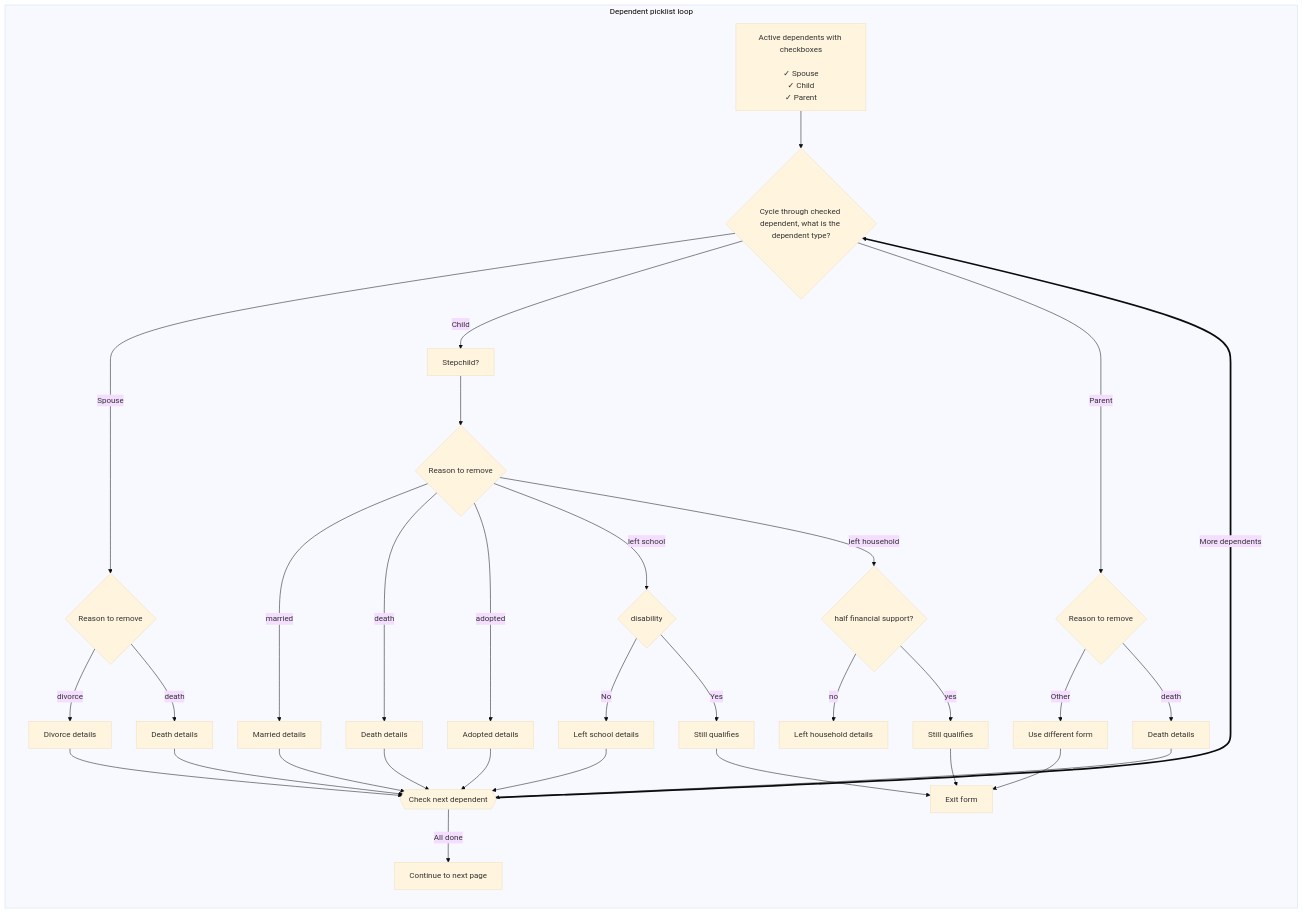
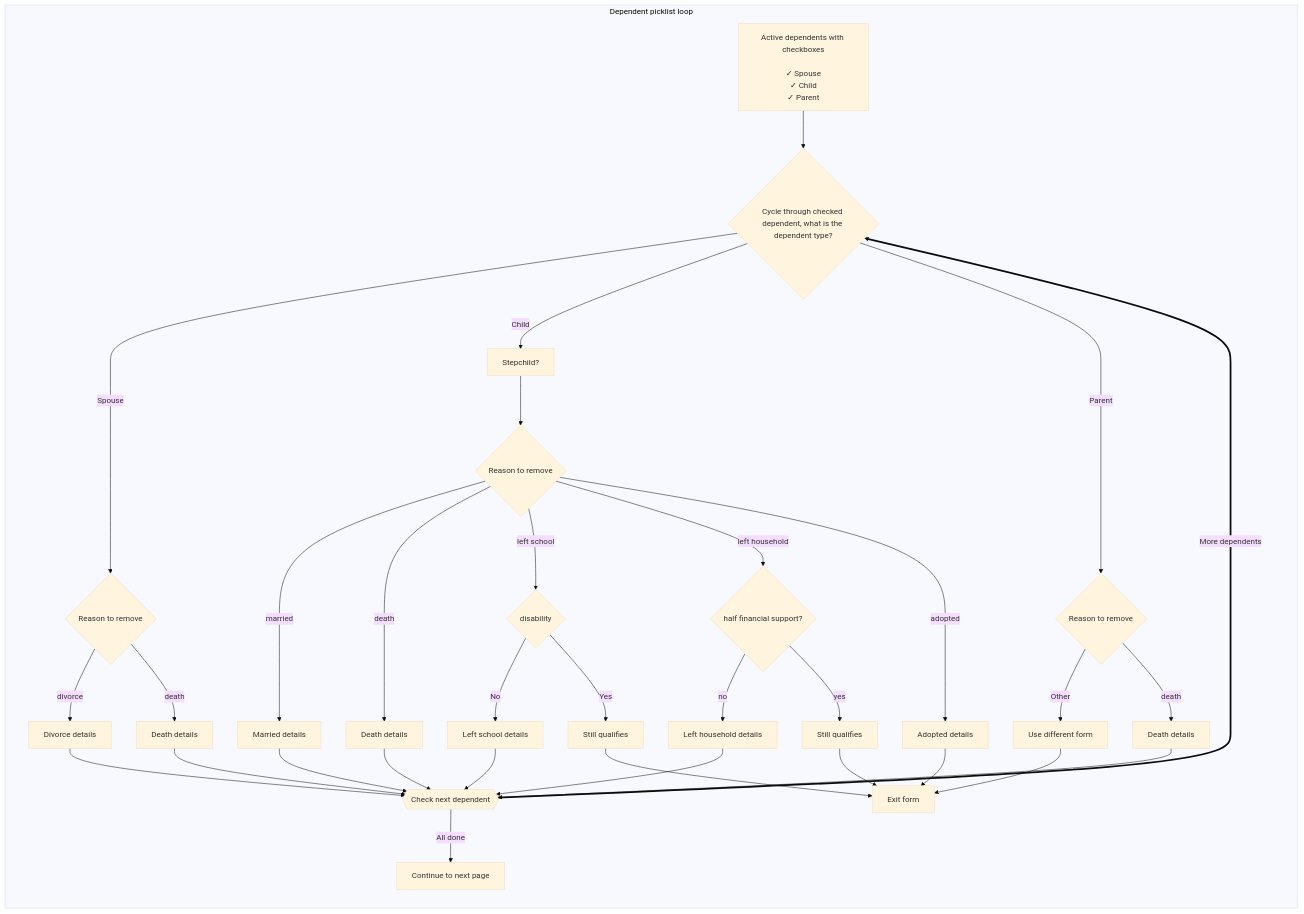
One commit to department-of-veterans-affairs/va.gov-team changed the diagram in products/dependents/picklist/flow.md. Above: the diagram before and after it, drawn with Mermaid (base theme).

Commit message:
Refactor flow for adopted dependents in flow

````diff
--- a/products/dependents/picklist/flow.md
+++ b/products/dependents/picklist/flow.md
@@ -3,43 +3,43 @@
 ```mermaid
 flowchart TD
   Start[Active dependents with checkboxes<br><br>✓ Spouse<br>✓ Child<br>✓ Parent]
 
   subgraph DepLoop[Dependent picklist loop]
     direction TB
     DepType{Cycle through checked dependent, what is the dependent type?}
     Start --> DepType
     DepType -- "Spouse" --> SpouseQ0{Reason to remove}
     SpouseQ0 -- "divorce" --> SpouseQ1[Divorce details]
     SpouseQ1 --> NextDep
     SpouseQ0 -- "death" --> SpouseQ2[Death details]
     SpouseQ2 --> NextDep@{ shape: hex, label: "Check next dependent" }
 
     DepType -- "Child" --> ChildQ0[Stepchild?]
     ChildQ0 --> ChildQ1{Reason to remove}
     ChildQ2a -- "No" --> ChildQ2b[Left school details]
     ChildQ2b --> NextDep
     ChildQ1 -- "married" --> ChildQ3[Married details]
     ChildQ3 --> NextDep
     ChildQ1 -- "death" --> ChildQ4[Death details]
     ChildQ4 --> NextDep
-    ChildQ1 -- "adopted" --> ChildQ5[Adopted details]
-    ChildQ5 --> NextDep
     ChildQ1 -- "left school" --> ChildQ2a{disability}
     ChildQ2a -- "Yes" --> ChildQ2x[Still qualifies]
     ChildQ2x --> exit[Exit form]
     ChildQ1 -- "left household" --> ChildQ7{half financial support?}
     ChildQ7 -- "no" --> ChildQ7b[Left household details]
+    ChildQ7b --> NextDep
     ChildQ7 -- "yes" --> ChildQ7x[Still qualifies]
     ChildQ7x --> exit[Exit form]
-
+    ChildQ1 -- "adopted" --> ChildQ5x[Adopted details]
+    ChildQ5x --> exit
 
     DepType -- "Parent" --> ParentQ0{Reason to remove}
     ParentQ0 -- "Other" --> ParentQx[Use different form]
     ParentQx --> exit
     ParentQ0 -- "death" --> ParentQ1[Death details]
     ParentQ1 --> NextDep
 
     NextDep == "More dependents" ==> DepType
     NextDep -- "All done" --> Done[Continue to next page]
   end
 ```
````
